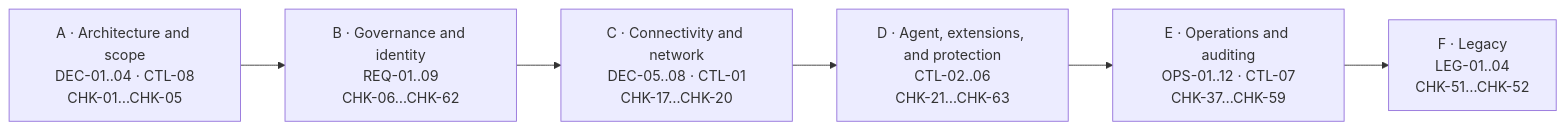
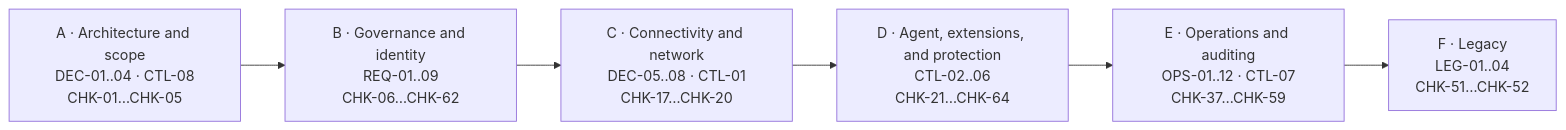
Before and after one commit to fabiotreze/arc-posture-review: diagram 14 of 18 in docs/guide.en-US.md, drawn with Mermaid. The commit also changed other lines of this file and 13 other files, not shown here.

````diff
--- a/docs/guide.en-US.md
+++ b/docs/guide.en-US.md
@@ -1251,9 +1253,9 @@
 ```mermaid
 %% svg:phases
 flowchart LR
   A["A · Architecture and scope<br/>DEC-01..04 · CTL-08<br/>CHK-01…CHK-05"] --> B["B · Governance and identity<br/>REQ-01..09<br/>CHK-06…CHK-62"]
   B --> C["C · Connectivity and network<br/>DEC-05..08 · CTL-01<br/>CHK-17…CHK-20"]
-  C --> D["D · Agent, extensions, and protection<br/>CTL-02..06<br/>CHK-21…CHK-63"]
+  C --> D["D · Agent, extensions, and protection<br/>CTL-02..06<br/>CHK-21…CHK-64"]
   D --> E["E · Operations and auditing<br/>OPS-01..12 · CTL-07<br/>CHK-37…CHK-59"]
   E --> F["F · Legacy<br/>LEG-01..04<br/>CHK-51…CHK-52"]
 ```
````
